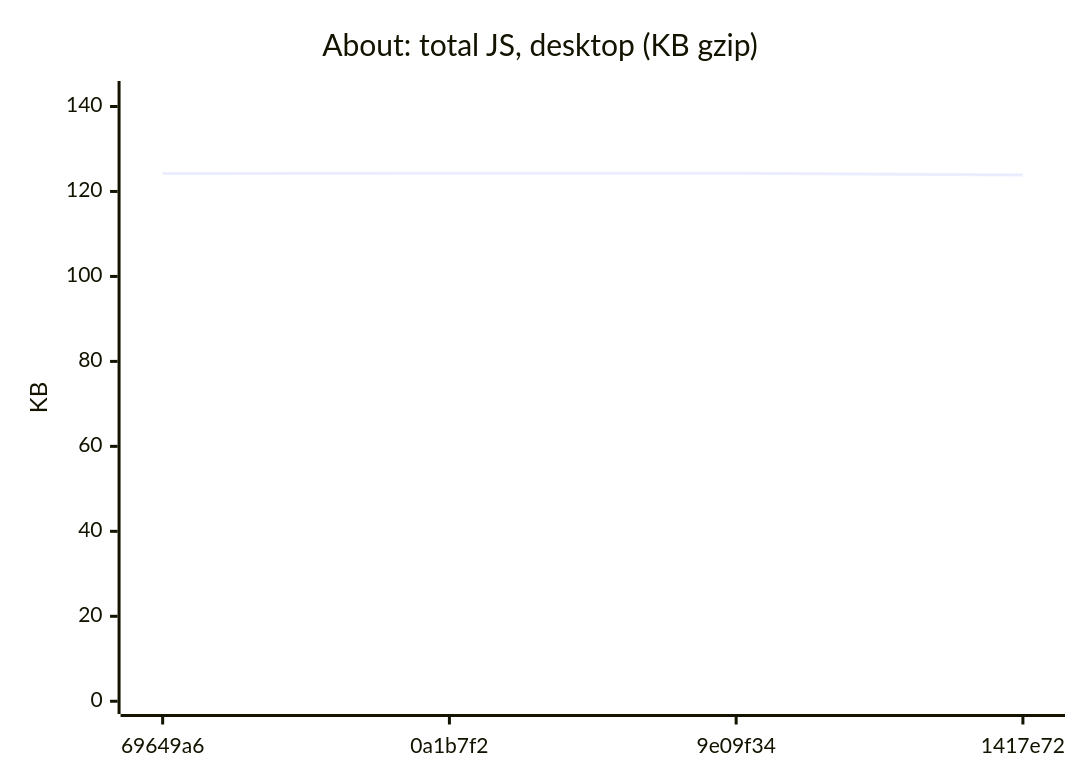
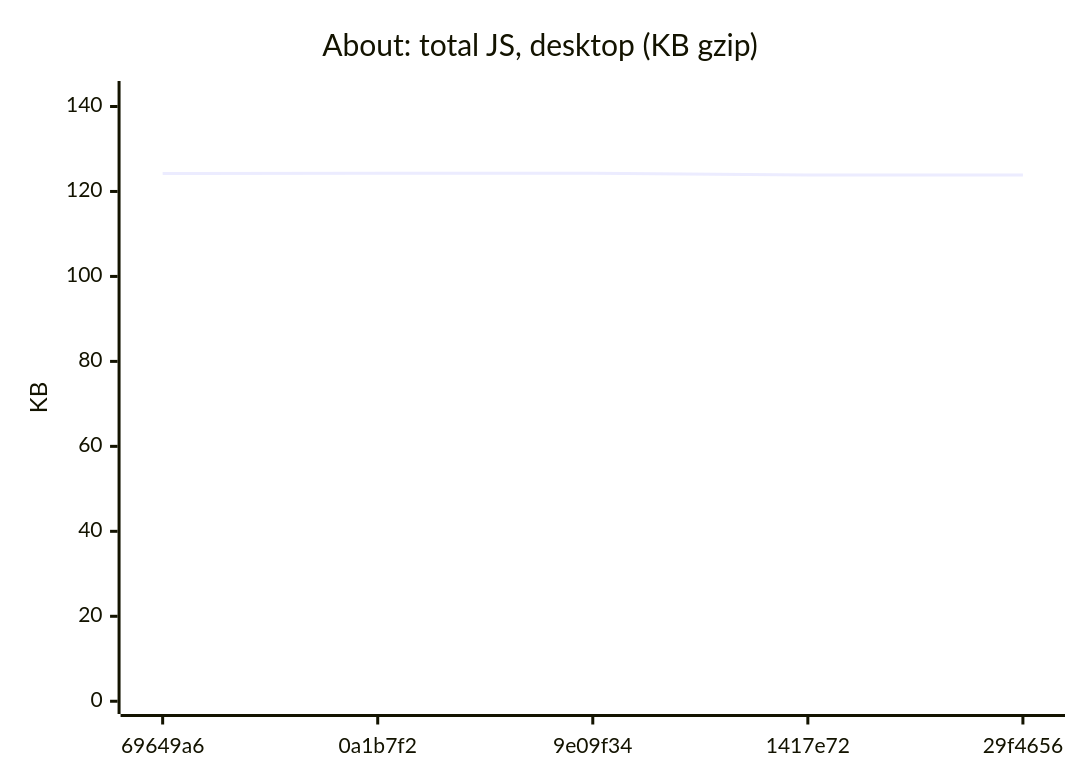
The fifth of 18 diagrams in README.md (AxelUser/maltsev.space), drawn with Mermaid before and after one commit. The commit also changed other lines of this file and 1 other file, not shown here.

````diff
--- a/README.md
+++ b/README.md
@@ -71,7 +71,7 @@
 ```mermaid
 xychart-beta
   title "About: total JS, desktop (KB gzip)"
-  x-axis ["69649a6", "0a1b7f2", "9e09f34", "1417e72"]
+  x-axis ["69649a6", "0a1b7f2", "9e09f34", "1417e72", "29f4656"]
   y-axis "KB" 0 --> 143
-  line [124.2, 124.3, 124.3, 123.9]
+  line [124.2, 124.3, 124.3, 123.9, 123.9]
 ```
````
